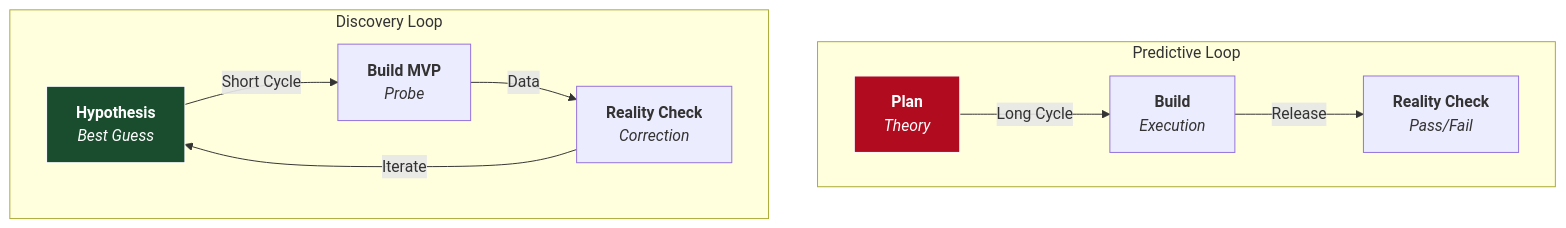
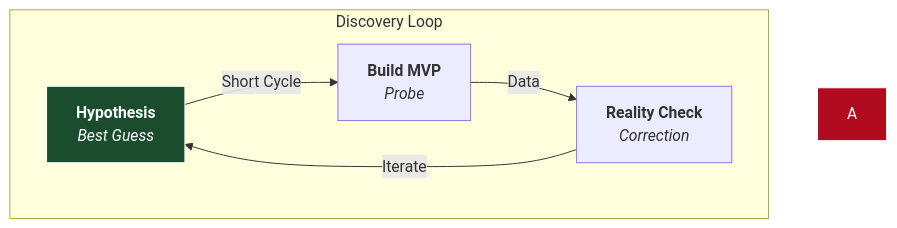
Before and after one commit to Shelbournator/thoughts: the second of 2 diagrams in _posts/2026-03-04-the-discovery-principle.md, drawn with Mermaid. The commit also changed other lines of this file, not shown here.

````diff
--- a/_posts/2026-03-04-the-discovery-principle.md
+++ b/_posts/2026-03-04-the-discovery-principle.md
@@ -46,16 +59,12 @@
 ```mermaid
 graph TD
-    subgraph "Predictive Loop"
-    A[<b>Plan</b><br><i>Theory</i>] -->|Long Cycle| B[<b>Build</b><br><i>Execution</i>]
-    B -->|Release| C[<b>Reality Check</b><br><i>Pass/Fail</i>]
-    end
 
     subgraph "Discovery Loop"
     X[<b>Hypothesis</b><br><i>Best Guess</i>] -->|Short Cycle| Y[<b>Build MVP</b><br><i>Probe</i>]
     Y -->|Data| Z[<b>Reality Check</b><br><i>Correction</i>]
     Z -->|Iterate| X
     end
 
     style A fill:#b00b1e,stroke:#fff,color:#fff
     style X fill:#1a4d2e,stroke:#fff,color:#fff
 ```
````
